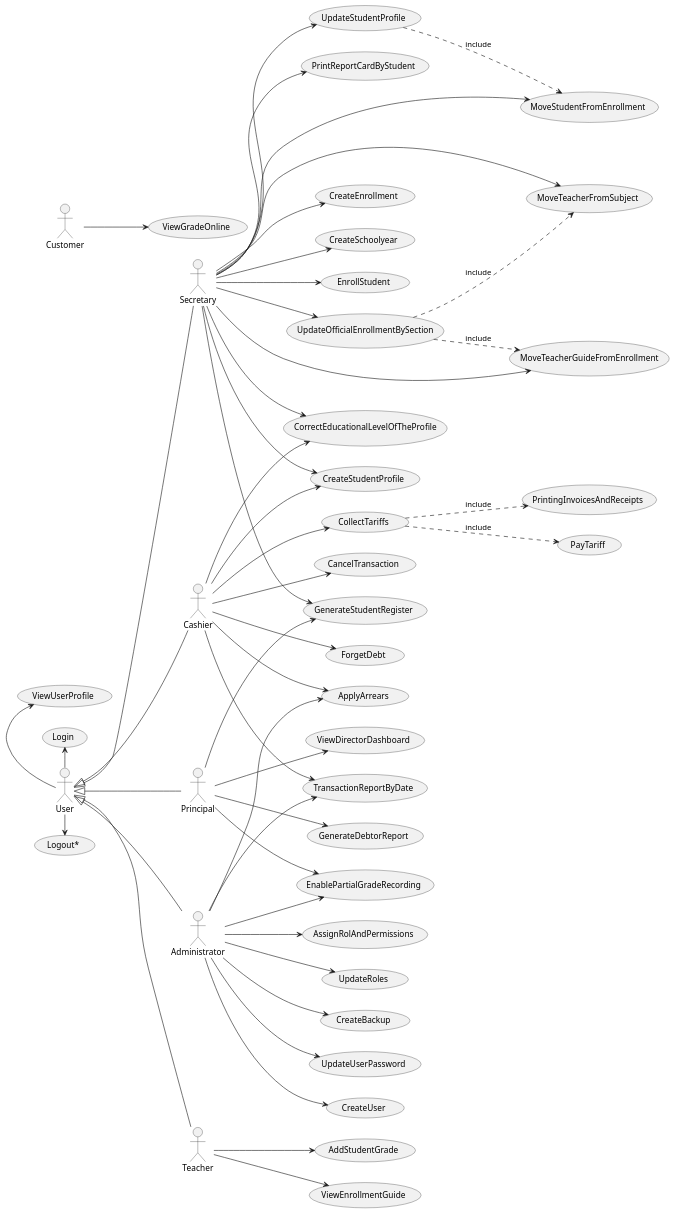
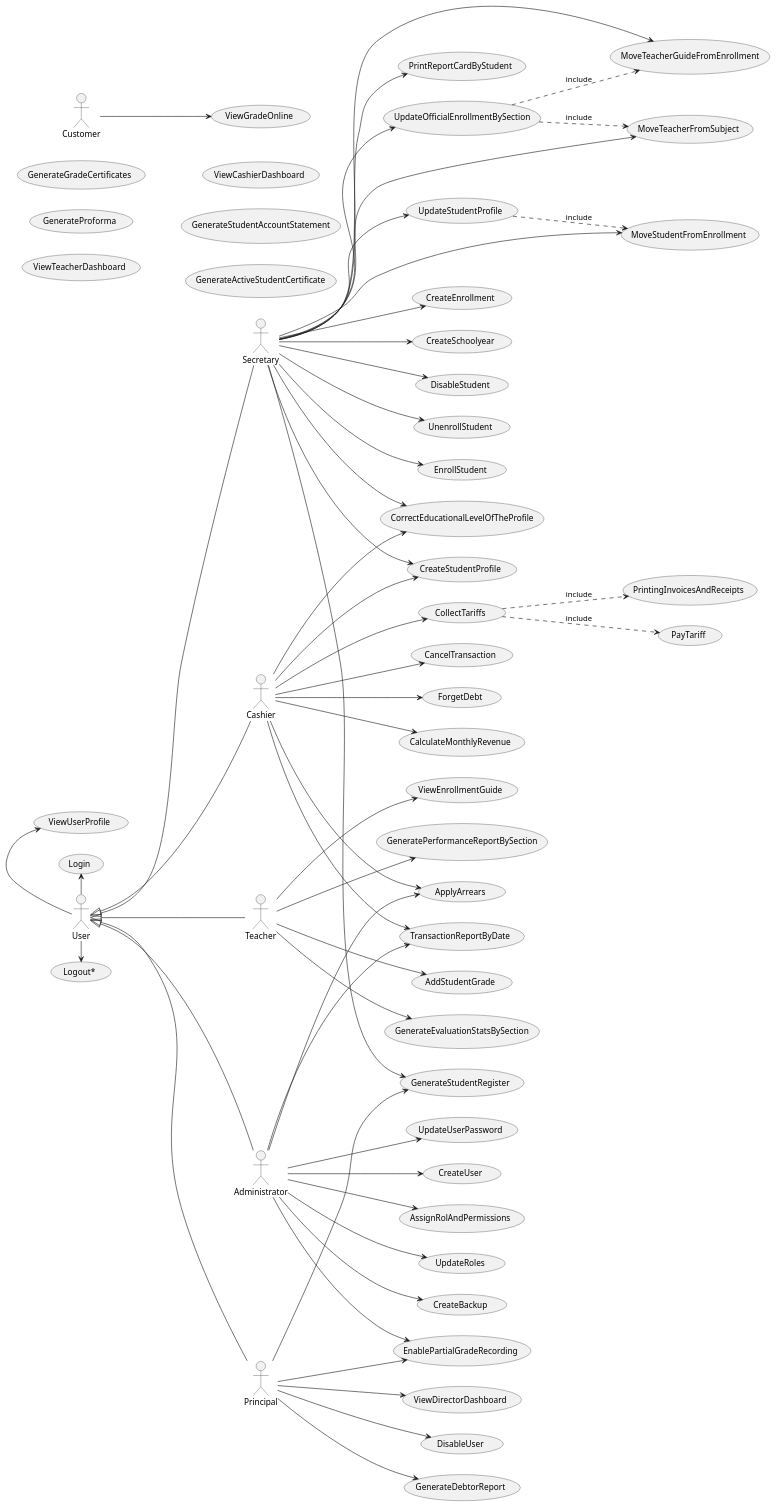
One commit to wsmcbl/wsmcbl.doc changed the diagram in UseCaseView/UseCases.puml. Above: the diagram before and after it, drawn with PlantUML. The commit also changed 1 other file, not shown here.

Commit message:
Update: add VI iteration usecase in UseCases.puml file

```diff
--- a/UseCaseView/UseCases.puml
+++ b/UseCaseView/UseCases.puml
@@ -1,138 +1,160 @@
 @startuml
 left to right direction
 
 
 'Iteration 1
 actor User
 actor Secretary
 actor Cashier
 
 User <|-- Secretary
 User <|-- Cashier
 
 usecase EnrollStudent
 usecase CU05 as "UpdateOfficialEnrollmentBySection"
 usecase PrintingInvoicesAndReceipts
 usecase PrintReportCardByStudent
 usecase CU21 as "MoveTeacherGuideFromEnrollment"
 usecase CU03 as "CollectTariffs"
 
 Secretary --> EnrollStudent
 Secretary --> CU05
 Secretary --> PrintReportCardByStudent
 Secretary --> CU21
 
 Cashier --> CU03
 
 CU03 ..> PrintingInvoicesAndReceipts: include
 
 'Iteration 2
 actor Customer
 actor Teacher
 
 User <|-- Teacher
 
 usecase CU60 as "PayTariff"
 usecase CU11 as "AddStudentGrade"
 usecase CU02 as "CreateStudentProfile"
 usecase CU69 as "Login"
 usecase "Logout*"
 
 User -left-> CU69
 User -right-> "Logout*"
 
 Secretary --> CU02
 
 Cashier --> CU02
 
 Teacher --> CU11
 
 CU03 ..> CU60 : include
 
 
 'Iteration 3
 actor Administrator
 
 User <|-- Administrator
 
 usecase CU15 as "ViewGradeOnline"
 usecase CU16 as "UpdateStudentProfile"
 usecase CU22 as "MoveTeacherFromSubject"
 usecase CU23 as "MoveStudentFromEnrollment"
 usecase CU73 as "CancelTransaction"
 usecase CU75 as "TransactionReportByDate"
 
 
 Customer --> CU15
 
 Secretary --> CU16
 Secretary --> CU22
 Secretary --> CU23
 
 Cashier --> CU73
 Cashier --> CU75
 
 Administrator --> CU75
 
 
 CU16 ..> CU23 : include
 
 
 'Iteration 4
 actor Principal
 
 User <|-- Principal
 
 usecase CU07 as "GenerateDebtorReport"
 usecase CU20 as "CreateEnrollment"
 usecase CU46 as "CreateUser"
 usecase CU51 as "ViewUserProfile"
 usecase CU61 as "EnablePartialGradeRecording"
 usecase CU71 as "AssignRolAndPermissions"
 usecase CU77 as "CorrectEducationalLevelOfTheProfile"
 usecase CU78 as "ForgetDebt"
 
 Principal --> CU07
 Principal --> CU61
 
 Secretary --> CU20
 Secretary --> CU77
 
 Administrator --> CU46
 Administrator --> CU61
 Administrator --> CU71
 
 Cashier --> CU77
 Cashier --> CU78
 
 User -left-> CU51
 
 CU05 ..> CU21 : include
 CU05 ..> CU22 : include
 
 'Iteration 5
 usecase CU57 as "ViewDirectorDashboard"
 usecase CU72 as "UpdateRoles"
 usecase CU79 as "CreateSchoolyear"
 usecase CU80 as "CreateBackup"
 usecase CU81 as "ViewEnrollmentGuide"
 usecase CU82 as "GenerateStudentRegister"
 usecase CU83 as "UpdateUserPassword"
 usecase CU85 as "ApplyArrears"
 
 Principal --> CU57
 Principal --> CU82
 
 Administrator --> CU72
 Administrator --> CU80
 Administrator --> CU83
 Administrator --> CU85
 
 Secretary --> CU79
 Secretary --> CU82
 
 Teacher --> CU81
 
 Cashier --> CU85
 
+
+'Iteration 6
+usecase CU10 as "GenerateGradeCertificates"
+usecase CU18 as "DisableStudent"
+usecase CU26 as "UnenrollStudent"
+usecase CU31 as "GenerateEvaluationStatsBySection"
+usecase CU32 as "GeneratePerformanceReportBySection"
+usecase CU50 as "DisableUser"
+usecase CU74 as "GenerateProforma"
+usecase CU87 as "CalculateMonthlyRevenue"
+usecase CU89 as "ViewTeacherDashboard"
+usecase CU90 as "ViewCashierDashboard"
+usecase CU91 as "GenerateStudentAccountStatement"
+usecase CU92 as "GenerateActiveStudentCertificate"
+
+Principal --> CU50
+Secretary --> CU18
+Secretary --> CU26
+Cashier --> CU87
+Teacher --> CU31
+Teacher --> CU32
+
 @enduml
```
